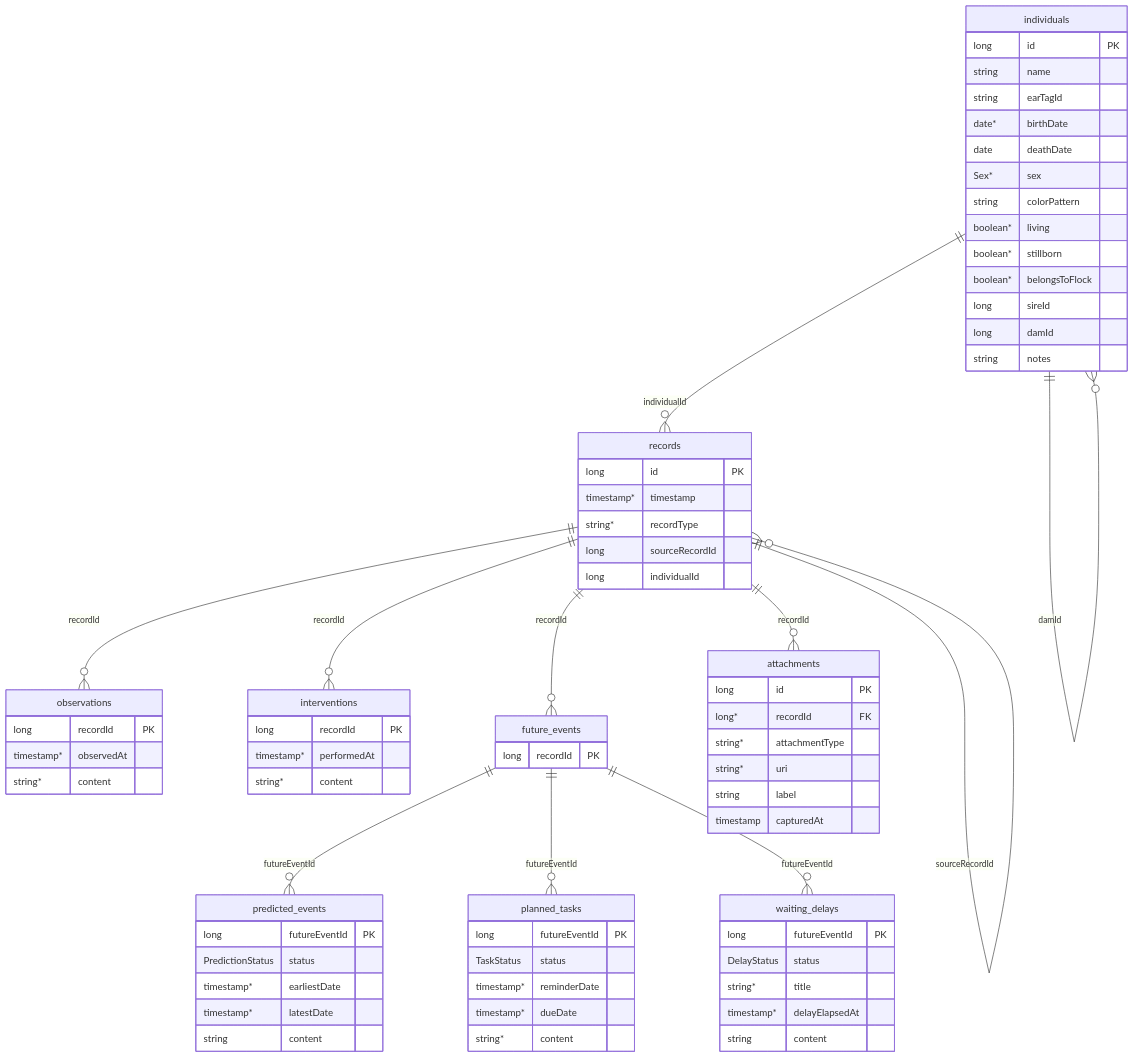
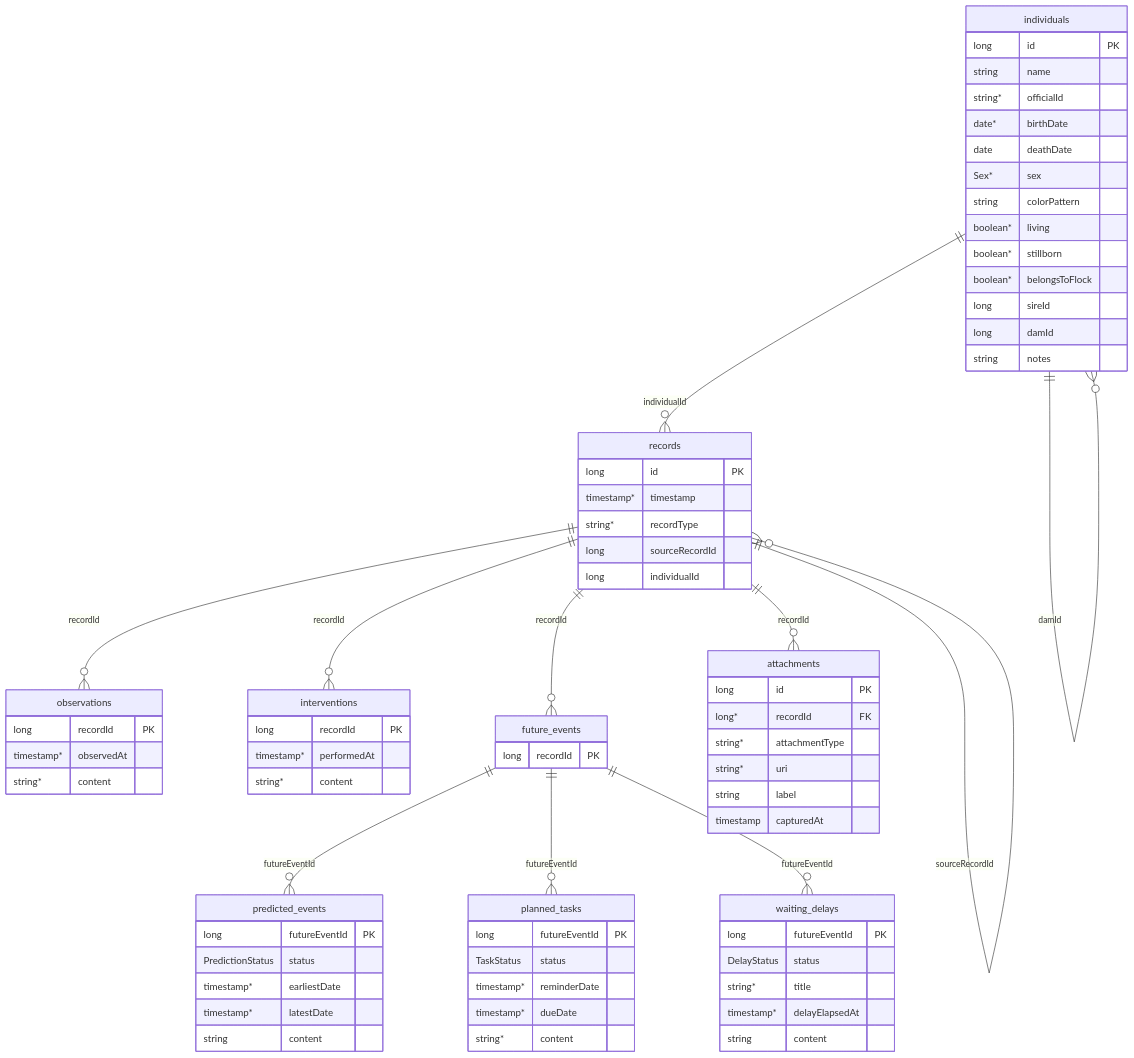
Before and after one commit to lyndametref/geep: the diagram in docs/specs/mobile-database-schema.md, drawn with Mermaid. The commit also changed other lines of this file and 1 other file, not shown here.

Commit message:
remove earTagId naming

````diff
--- a/docs/specs/mobile-database-schema.md
+++ b/docs/specs/mobile-database-schema.md
@@ -3,80 +3,80 @@
 ```mermaid
 erDiagram
     individuals {
         long id PK
         string name
-        string earTagId
+        string* officialId
         date* birthDate
         date deathDate
         Sex* sex
         string colorPattern
         boolean* living
         boolean* stillborn
         boolean* belongsToFlock
         long sireId
         long damId
         string notes
     }
     records {
         long id PK
         timestamp* timestamp
         string* recordType
         long sourceRecordId
         long individualId
     }
     observations {
         long recordId PK
         timestamp* observedAt
         string* content
     }
     interventions {
         long recordId PK
         timestamp* performedAt
         string* content
     }
     future_events {
         long recordId PK
     }
     predicted_events {
         long futureEventId PK
         PredictionStatus status
         timestamp* earliestDate
         timestamp* latestDate
         string content
     }
     planned_tasks {
         long futureEventId PK
         TaskStatus status
         timestamp* reminderDate
         timestamp* dueDate
         string* content
     }
     waiting_delays {
         long futureEventId PK
         DelayStatus status
         string* title
         timestamp* delayElapsedAt
         string content
     }
     attachments {
         long id PK
         long* recordId FK
         string* attachmentType
         string* uri
         string label
         timestamp capturedAt
     }
     individuals ||--o{ records : individualId
     records ||--o{ observations : recordId
     records ||--o{ interventions : recordId
     records ||--o{ future_events : recordId
     records ||--o{ attachments : recordId
     future_events ||--o{ predicted_events : futureEventId
     future_events ||--o{ planned_tasks : futureEventId
     future_events ||--o{ waiting_delays : futureEventId
 
     %% Logical references present in columns but not enforced as Room foreign keys
     individuals ||--o{ individuals : sireId
     individuals ||--o{ individuals : damId
     records ||--o{ records : sourceRecordId
 ```
````
